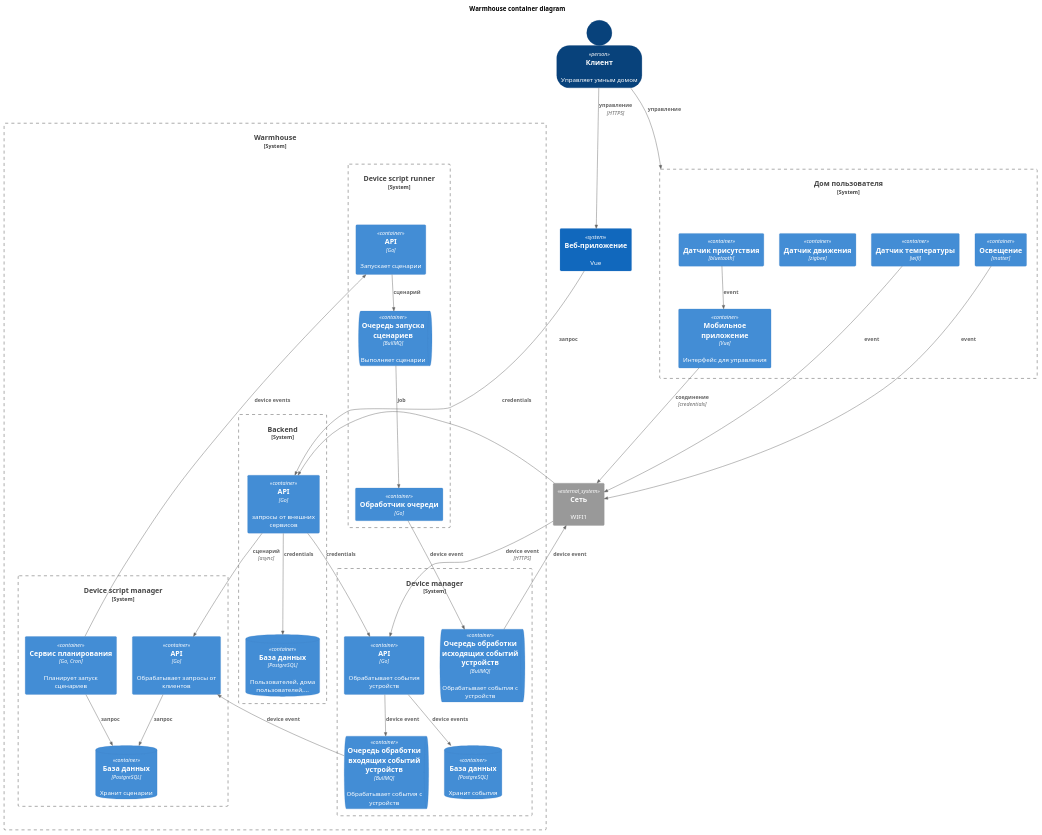
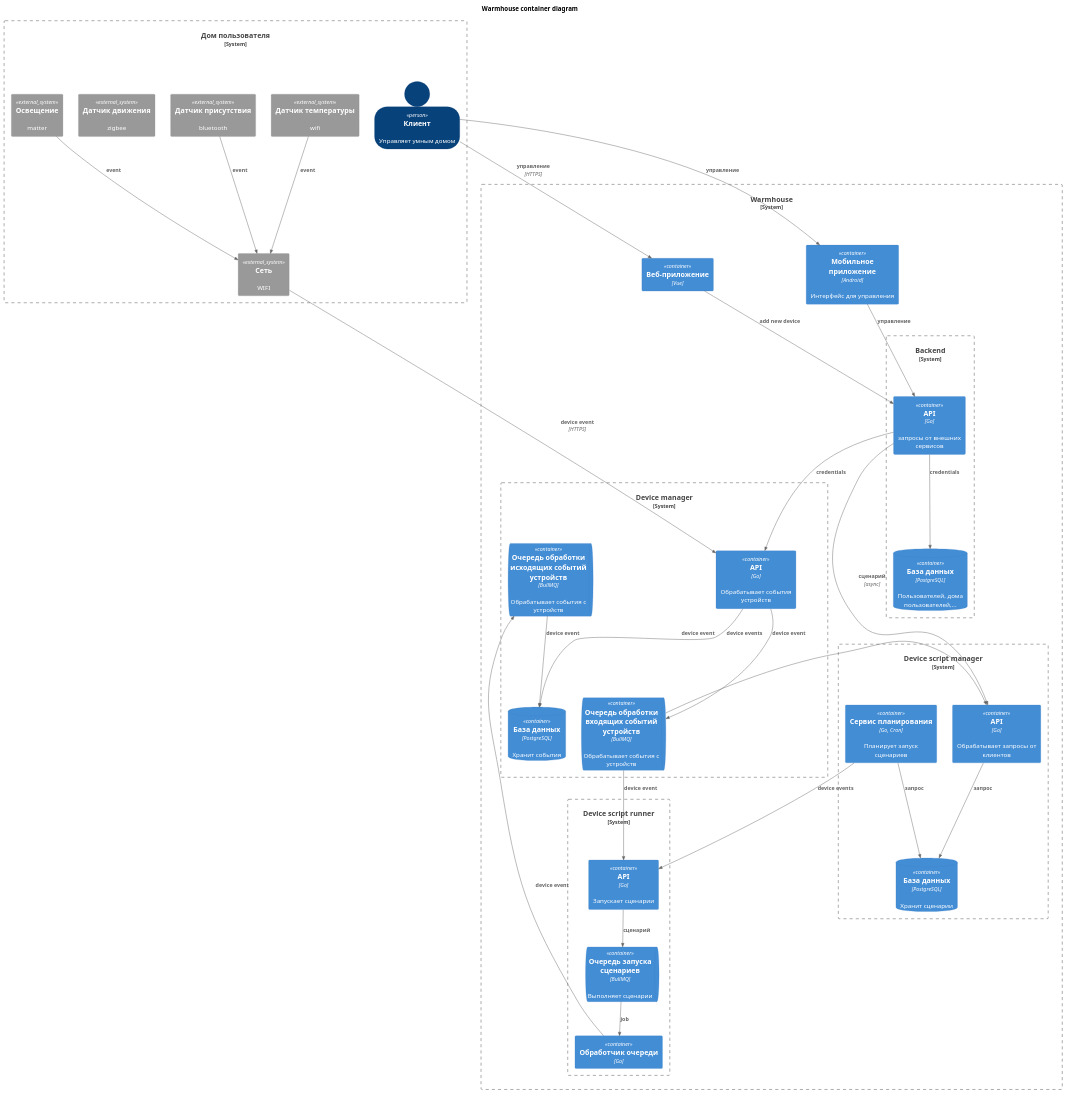
The diagram in apps/smart_home/diagrams/c4_containers.puml (apheleon/warmhouse), drawn with PlantUML before and after one commit. The commit also changed 3 other files, not shown here.

```diff
--- a/apps/smart_home/diagrams/c4_containers.puml
+++ b/apps/smart_home/diagrams/c4_containers.puml
@@ -1,94 +1,95 @@
 @startuml sprint1
 !includeurl https://raw.githubusercontent.com/plantuml-stdlib/C4-PlantUML/refs/heads/master/C4_Container.puml
 
 SHOW_PERSON_OUTLINE()
 LAYOUT_TOP_DOWN()
 
 title Warmhouse container diagram
 
 ' внешние сущности
-together{
-    Person(customer, "Клиент", "Управляет умным домом")
-    System(warmHouseWebApp, "Веб-приложение", "Vue")
-}
 
-System_Ext(network, "Сеть", "WIFI1")
 
 ' контейнеры системы
 
 together{
     System_Boundary(customerHouse1, "Дом пользователя") {
-        Container(mobileApp, "Мобильное приложение", "Vue", "Интерфейс для управления")
-        Container(device1, "Датчик температуры", "wifi")
-        Container(device2, "Датчик присутствия", "bluetooth")
-        Container(device3, "Датчик движения", "zigbee")
-        Container(deviceN, "Освещение", "matter")
+        Person(customer, "Клиент", "Управляет умным домом")
+        System_Ext(device1, "Датчик температуры", "wifi")
+        System_Ext(device2, "Датчик присутствия", "bluetooth")
+        System_Ext(device3, "Датчик движения", "zigbee")
+        System_Ext(deviceN, "Освещение", "matter")
+        System_Ext(network, "Сеть", "WIFI")
     }
 }
 
 System_Boundary(warmhouse, "Warmhouse") {
+    Container(warmHouseWebApp, "Веб-приложение", "Vue")
+    Container(mobileApp, "Мобильное приложение", "Android", "Интерфейс для управления")
+
     together {
         System_Boundary(backend, "Backend") {
             Container(backendApi, "API", "Go", "запросы от внешних сервисов")
             ContainerDb(backendDb, "База данных", "PostgreSQL", "Пользователей, дома пользователей,...")
         }
     
         System_Boundary(deviceManager, "Device manager") {
             Container(deviceManagerApi, "API", "Go", "Обрабатывает события устройств")
             ContainerQueue(deviceManagerQueue, "Очередь обработки входящих событий устройств", "BullMQ", "Обрабатывает события с устройств")
             ContainerQueue(deviceManagerOutQueue, "Очередь обработки исходящих событий устройств", "BullMQ", "Обрабатывает события с устройств")
             ContainerDb(deviceManagerDB, "База данных", "PostgreSQL", "Хранит события")
         }
 
         System_Boundary(deviceScript, "Device script manager") {
             Container(deviceScriptApi, "API", "Go", "Обрабатывает запросы от клиентов")
             Container(deviceScriptSheduler, "Сервис планирования", "Go, Cron", "Планирует запуск сценариев")
             ContainerDb(deviceScriptDB, "База данных", "PostgreSQL", "Хранит сценарии")
         }
 
         System_Boundary(deviceScriptRunner, "Device script runner") {
             Container(deviceScriptRunnerApi, "API", "Go", "Запускает сценарии")
             ContainerQueue(deviceScriptRunnerQueue, "Очередь запуска сценариев", "BullMQ", "Выполняет сценарии")
             Container(deviceScriptRunnerJob, "Обработчик очереди", "Go")
         }
     }
 }
 
 ' потоки данных
 ' дом
-Rel(mobileApp, network, "соединение", "credentials")
-Rel(network, backendApi, "credentials")
 Rel(device1, network, "event")
 Rel(deviceN, network, "event")
-Rel(device2, mobileApp, "event")
+Rel(device2, network, "event")
 Rel(network, deviceManagerApi, "device event", "HTTPS")
 
 ' клиент
-Rel(customer, customerHouse1, "управление")
+Rel(customer, mobileApp, "управление")
 Rel(customer, warmHouseWebApp, "управление", "HTTPS")
 
+' mobile app
+Rel(mobileApp, backendApi, "управление")
+
 ' backend
-Rel(warmHouseWebApp, backendApi, "запрос")
+Rel(warmHouseWebApp, backendApi, "add new device")
 Rel(backendApi, backendDb, "credentials")
 Rel(backendApi, deviceManagerApi, "credentials")
 Rel(backendApi, deviceScriptApi, "сценарий", "async")
 
 ' script
 Rel(deviceScriptApi, deviceScriptDB, "запрос")
 Rel(deviceScriptSheduler, deviceScriptDB, "запрос")
 Rel(deviceScriptSheduler, deviceScriptRunnerApi, "device events")
 
 ' runner
 Rel(deviceScriptRunnerApi, deviceScriptRunnerQueue, "сценарий")
 Rel(deviceScriptRunnerJob, deviceManagerOutQueue, "device event")
 
 
 ' device manager
 Rel(deviceManagerApi, deviceManagerQueue, "device event")
 Rel(deviceManagerApi, deviceManagerDB, "device events")
 Rel(deviceScriptRunnerQueue, deviceScriptRunnerJob, "job")
 Rel(deviceManagerQueue, deviceScriptApi, "device event")
-Rel(deviceManagerOutQueue, network, "device event")
+Rel(deviceManagerQueue, deviceScriptRunnerApi, "device event")
+Rel(deviceManagerOutQueue, deviceManagerDB, "device event")
 
 
 @enduml
```
